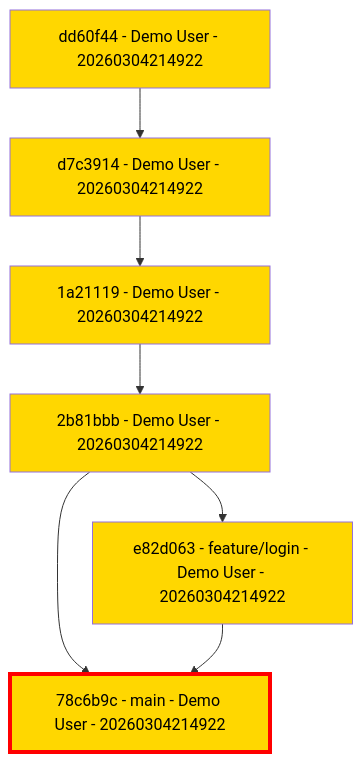
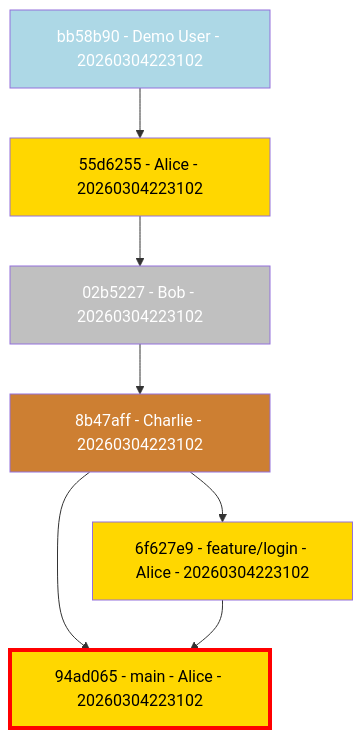
Before and after one commit to TheTrueSCU/git-graphable: the first of 2 diagrams in examples/EXAMPLES.md, drawn with Mermaid. The commit also changed other lines of this file and 2 other files, not shown here.

Commit message:
feat: improve visual examples with multi-author demo and Mermaid fixes

````diff
--- a/examples/EXAMPLES.md
+++ b/examples/EXAMPLES.md
@@ -14,21 +14,21 @@
 ```mermaid
 flowchart TD
-dd60f448e0f91d0cb92ca53886978136d47cc801[dd60f44 - Demo User - 20260304214922]
-style dd60f448e0f91d0cb92ca53886978136d47cc801 fill:#FFD700,color:black
-d7c3914fb28d3e0ad3eb7aa73ec9f544e3c634a9[d7c3914 - Demo User - 20260304214922]
-style d7c3914fb28d3e0ad3eb7aa73ec9f544e3c634a9 fill:#FFD700,color:black
-1a21119e078530e00cd18681d4bd1a7142bc98a6[1a21119 - Demo User - 20260304214922]
-style 1a21119e078530e00cd18681d4bd1a7142bc98a6 fill:#FFD700,color:black
-2b81bbb8d89e0c4dce5b7b24bbb964bd9092a6ee[2b81bbb - Demo User - 20260304214922]
-style 2b81bbb8d89e0c4dce5b7b24bbb964bd9092a6ee fill:#FFD700,color:black
-e82d06389b79802c665b7667a7fdfe6d824fbb5c[e82d063 - feature/login - Demo User - 20260304214922]
-style e82d06389b79802c665b7667a7fdfe6d824fbb5c fill:#FFD700,color:black
-78c6b9ca494fad74836dce2df9795d84f6fcaef4[78c6b9c - main - Demo User - 20260304214922]
-style 78c6b9ca494fad74836dce2df9795d84f6fcaef4 fill:#FFD700,color:black,stroke:red,stroke-width:4px
-dd60f448e0f91d0cb92ca53886978136d47cc801 --> d7c3914fb28d3e0ad3eb7aa73ec9f544e3c634a9
-d7c3914fb28d3e0ad3eb7aa73ec9f544e3c634a9 --> 1a21119e078530e00cd18681d4bd1a7142bc98a6
-1a21119e078530e00cd18681d4bd1a7142bc98a6 --> 2b81bbb8d89e0c4dce5b7b24bbb964bd9092a6ee
-2b81bbb8d89e0c4dce5b7b24bbb964bd9092a6ee --> e82d06389b79802c665b7667a7fdfe6d824fbb5c
-2b81bbb8d89e0c4dce5b7b24bbb964bd9092a6ee --> 78c6b9ca494fad74836dce2df9795d84f6fcaef4
-e82d06389b79802c665b7667a7fdfe6d824fbb5c --> 78c6b9ca494fad74836dce2df9795d84f6fcaef4
+bb58b9059c8cb1dda782f006f49d17549dd91c21["bb58b90 - Demo User - 20260304223102"]
+style bb58b9059c8cb1dda782f006f49d17549dd91c21 fill:#ADD8E6,color:white
+55d625535ebebec378dea6a807f6cf45679c494f["55d6255 - Alice - 20260304223102"]
+style 55d625535ebebec378dea6a807f6cf45679c494f fill:#FFD700,color:black
+02b5227a82af192724100e9cd30e117ed5836af8["02b5227 - Bob - 20260304223102"]
+style 02b5227a82af192724100e9cd30e117ed5836af8 fill:#C0C0C0,color:white
+8b47affbfef2f3632d576f0d8def06ef3d21ec3a["8b47aff - Charlie - 20260304223102"]
+style 8b47affbfef2f3632d576f0d8def06ef3d21ec3a fill:#CD7F32,color:white
+6f627e9d4d9d984612bd7991b2f66ccd25d851e9["6f627e9 - feature/login - Alice - 20260304223102"]
+style 6f627e9d4d9d984612bd7991b2f66ccd25d851e9 fill:#FFD700,color:black
+94ad06534ef62b223eb6a38b19dd12226e985c68["94ad065 - main - Alice - 20260304223102"]
+style 94ad06534ef62b223eb6a38b19dd12226e985c68 fill:#FFD700,color:black,stroke:red,stroke-width:4px
+bb58b9059c8cb1dda782f006f49d17549dd91c21 --> 55d625535ebebec378dea6a807f6cf45679c494f
+55d625535ebebec378dea6a807f6cf45679c494f --> 02b5227a82af192724100e9cd30e117ed5836af8
+02b5227a82af192724100e9cd30e117ed5836af8 --> 8b47affbfef2f3632d576f0d8def06ef3d21ec3a
+8b47affbfef2f3632d576f0d8def06ef3d21ec3a --> 6f627e9d4d9d984612bd7991b2f66ccd25d851e9
+8b47affbfef2f3632d576f0d8def06ef3d21ec3a --> 94ad06534ef62b223eb6a38b19dd12226e985c68
+6f627e9d4d9d984612bd7991b2f66ccd25d851e9 --> 94ad06534ef62b223eb6a38b19dd12226e985c68
 ```
````
